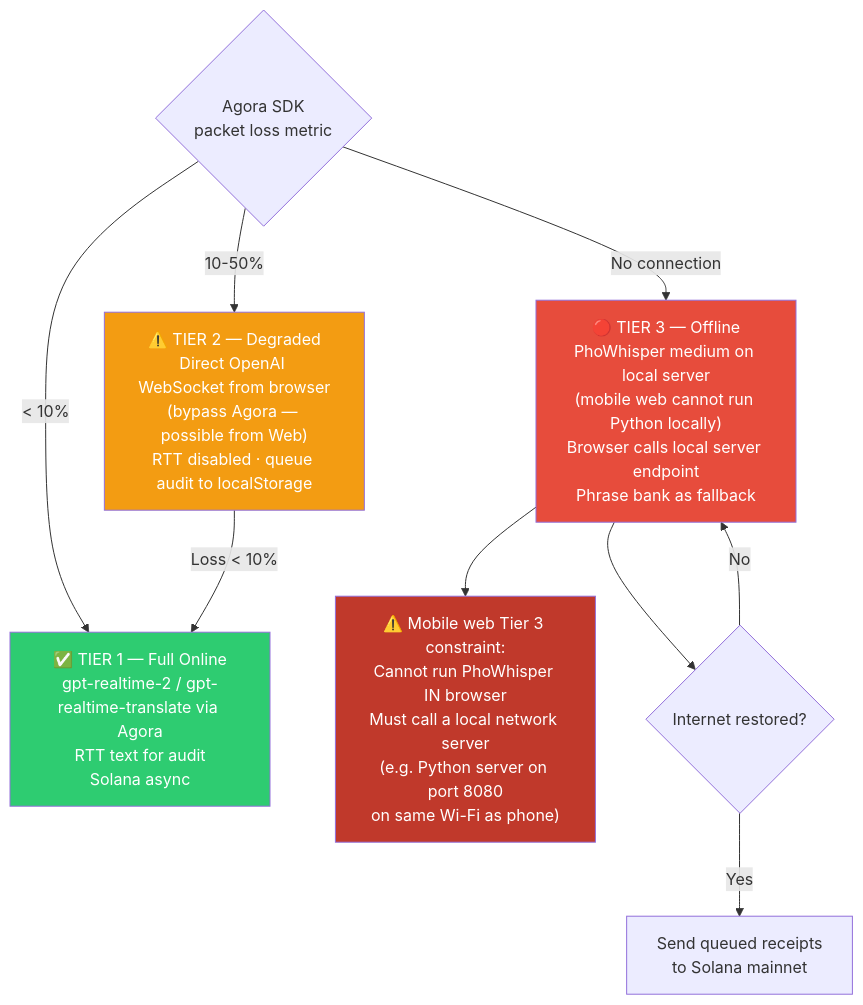
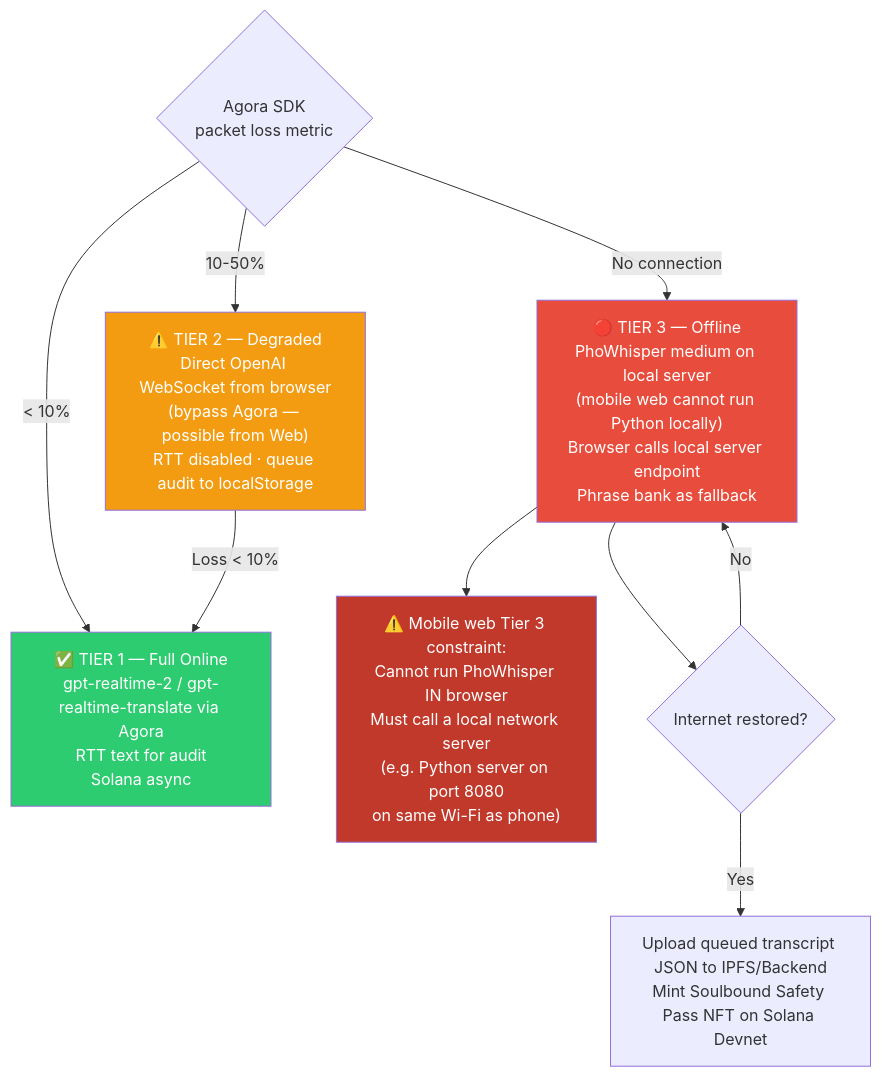
One commit to zok213/CONVO changed the tenth of 20 diagrams in docs/WaveLens_Lite_v8_DaNang2026.md. Above: the diagram before and after it, drawn with Mermaid. The commit also changed other lines of this file and 57 other files, not shown here.

````diff
--- a/docs/WaveLens_Lite_v8_DaNang2026.md
+++ b/docs/WaveLens_Lite_v8_DaNang2026.md
@@ -500,41 +509,41 @@
 ```mermaid
 flowchart TD
     CHECK{"Agora SDK
 packet loss metric"} -->|"< 10%"| T1
     CHECK -->|"10-50%"| T2
     CHECK -->|"No connection"| T3
 
     T1["✅ TIER 1 — Full Online
 gpt-realtime-2 / gpt-realtime-translate via Agora
 RTT text for audit
 Solana async"]
 
     T2["⚠️ TIER 2 — Degraded
 Direct OpenAI WebSocket from browser
 (bypass Agora — possible from Web)
 RTT disabled · queue audit to localStorage"]
 
     T3["🔴 TIER 3 — Offline
 PhoWhisper medium on local server
 (mobile web cannot run Python locally)
 Browser calls local server endpoint
 Phrase bank as fallback"]
 
     NOTE_T3["⚠️ Mobile web Tier 3 constraint:
 Cannot run PhoWhisper IN browser
 Must call a local network server
 (e.g. Python server on port 8080
 on same Wi-Fi as phone)"]
 
     T2 -->|"Loss < 10%"| T1
     T3 --> NOTE_T3
     T3 --> SYNC{"Internet restored?"}
-    SYNC -->|"Yes"| FLUSH["Send queued receipts
-to Solana mainnet"]
+    SYNC -->|"Yes"| FLUSH["Upload queued transcript JSON to IPFS/Backend
+Mint Soulbound Safety Pass NFT on Solana Devnet"]
     SYNC -->|"No"| T3
 
     style T1 fill:#2ECC71,color:#fff
     style T2 fill:#F39C12,color:#fff
     style T3 fill:#E74C3C,color:#fff
     style NOTE_T3 fill:#C0392B,color:#fff
 ```
````
